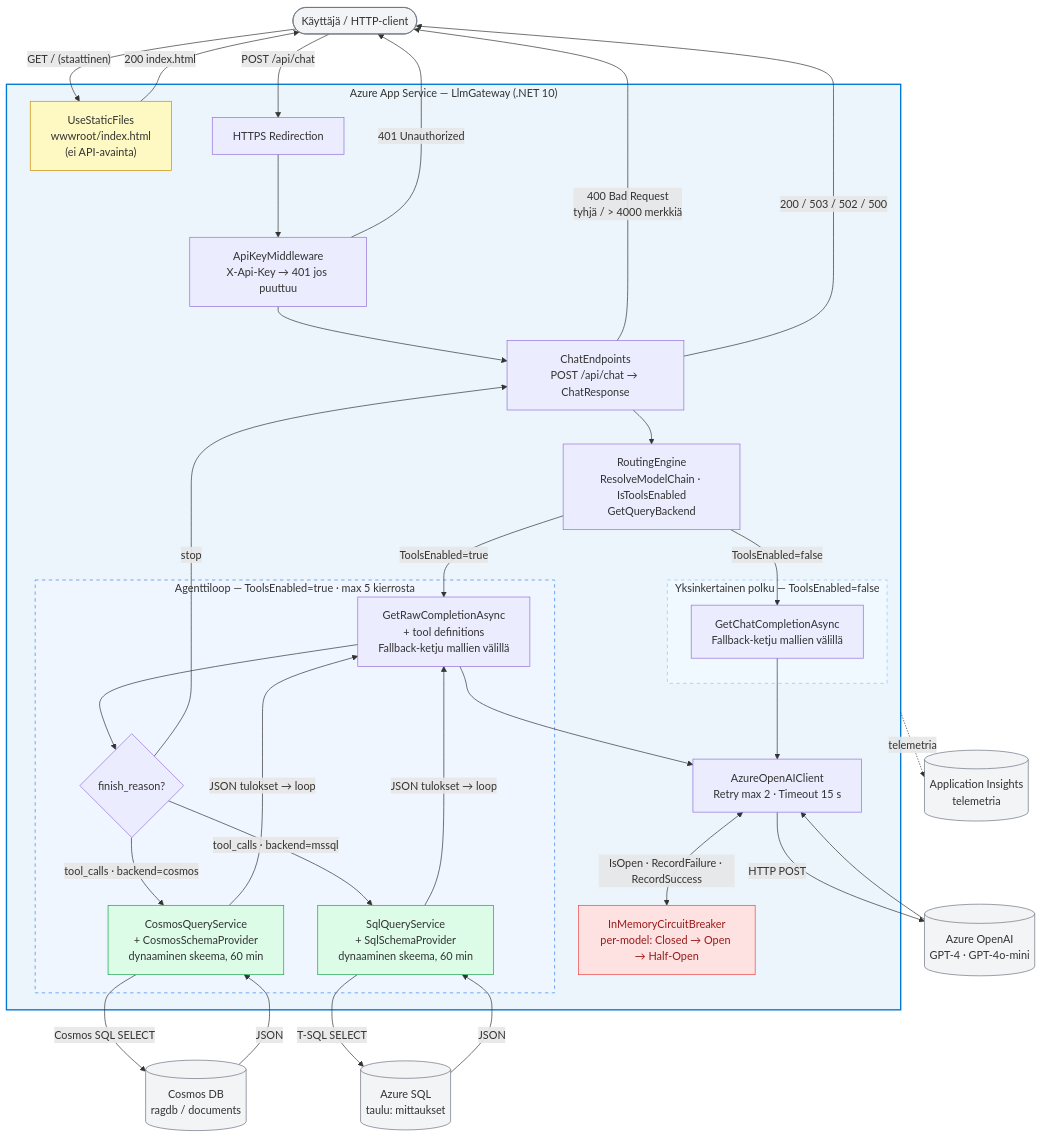
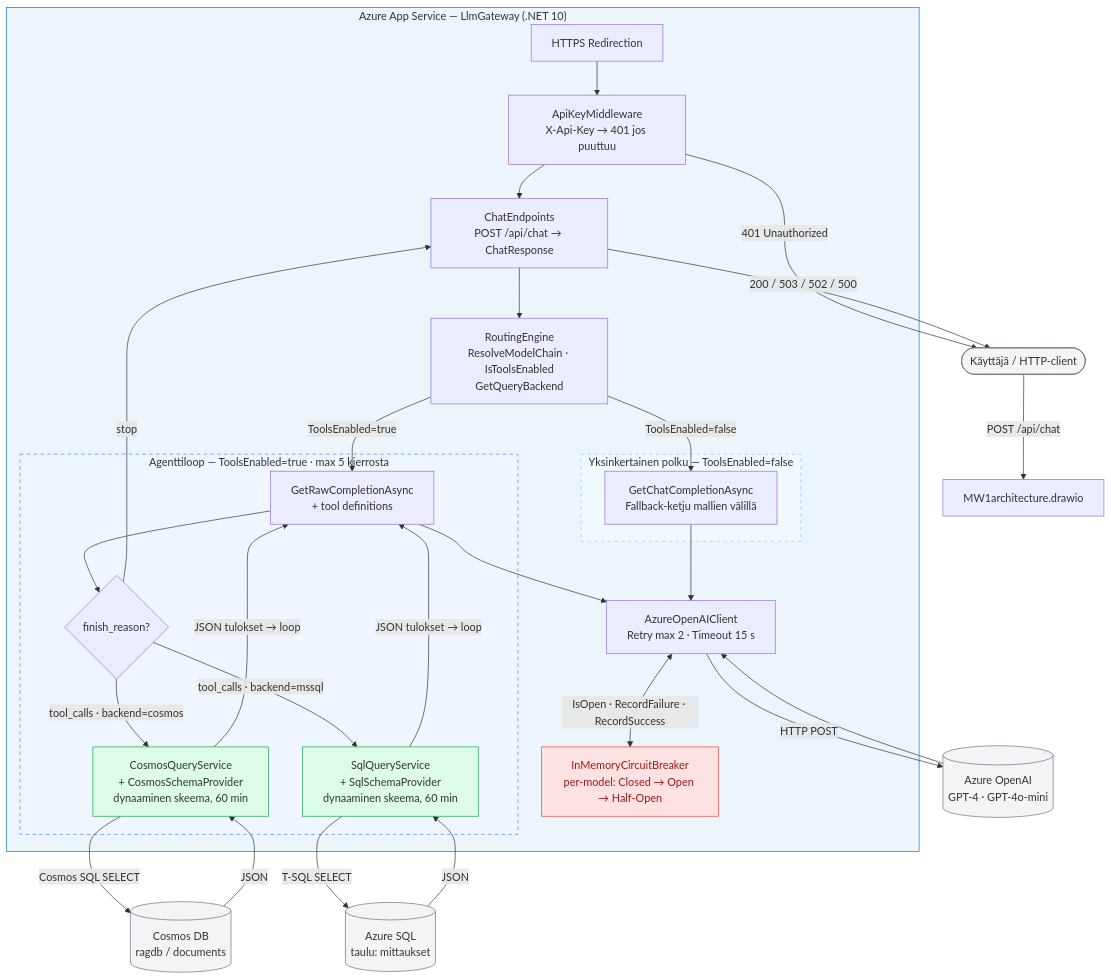
One commit to hvilppu/llmgateway changed the diagram in architecture.mmd. Above: the diagram before and after it, drawn with Mermaid. The commit also changed 5 other files, not shown here.

```diff
--- a/architecture.mmd
+++ b/architecture.mmd
@@ -1,69 +1,61 @@
 flowchart TD
     Client([Käyttäjä / HTTP-client])
-    AppInsights[("Application Insights\ntelemetria")]
 
     subgraph GW["Azure App Service — LlmGateway (.NET 10)"]
-        SF["UseStaticFiles\nwwwroot/index.html\n(ei API-avainta)"]
         MW1[HTTPS Redirection]
         MW2["ApiKeyMiddleware\nX-Api-Key → 401 jos puuttuu"]
         EP["ChatEndpoints\nPOST /api/chat → ChatResponse"]
         RE["RoutingEngine\nResolveModelChain · IsToolsEnabled\nGetQueryBackend"]
         CB["InMemoryCircuitBreaker\nper-model: Closed → Open → Half-Open"]
         OAI["AzureOpenAIClient\nRetry max 2 · Timeout 15 s"]
 
         subgraph SP["Yksinkertainen polku — ToolsEnabled=false"]
             SC["GetChatCompletionAsync\nFallback-ketju mallien välillä"]
         end
 
         subgraph AL["Agenttiloop — ToolsEnabled=true · max 5 kierrosta"]
-            RC["GetRawCompletionAsync\n+ tool definitions\nFallback-ketju mallien välillä"]
+            RC["GetRawCompletionAsync\n+ tool definitions"]
             FIN{finish_reason?}
             CQS["CosmosQueryService\n+ CosmosSchemaProvider\ndynaaminen skeema, 60 min"]
             SQS["SqlQueryService\n+ SqlSchemaProvider\ndynaaminen skeema, 60 min"]
         end
     end
 
     AzOAI[("Azure OpenAI\nGPT-4 · GPT-4o-mini")]
     CosmDB[("Cosmos DB\nragdb / documents")]
     SqlDB[("Azure SQL\ntaulu: mittaukset")]
 
-    Client -->|"GET / (staattinen)"| SF
-    SF -->|"200 index.html"| Client
-    Client -->|"POST /api/chat"| MW1
+    Client -->|"POST /api/chat"| MW1architecture.drawio
     MW1 --> MW2
     MW2 -->|"401 Unauthorized"| Client
     MW2 --> EP
-    EP -->|"400 Bad Request\ntyhjä / > 4000 merkkiä"| Client
     EP --> RE
     RE -->|"ToolsEnabled=false"| SC
     RE -->|"ToolsEnabled=true"| RC
     SC --> OAI
     RC --> OAI
     OAI <-->|"IsOpen · RecordFailure · RecordSuccess"| CB
     OAI -->|"HTTP POST"| AzOAI
     AzOAI --> OAI
     RC --> FIN
     FIN -->|stop| EP
     FIN -->|"tool_calls · backend=cosmos"| CQS
     FIN -->|"tool_calls · backend=mssql"| SQS
     CQS -->|"Cosmos SQL SELECT"| CosmDB
     CosmDB -->|JSON| CQS
     SQS -->|"T-SQL SELECT"| SqlDB
     SqlDB -->|JSON| SQS
     CQS -->|"JSON tulokset → loop"| RC
     SQS -->|"JSON tulokset → loop"| RC
     EP -->|"200 / 503 / 502 / 500"| Client
-    GW -.->|"telemetria"| AppInsights
 
-    style GW fill:#EBF5FB,stroke:#0078d4,stroke-width:2px
+    style GW fill:#EBF5FB,stroke:#0078d4,stroke-width:2pxarchitecture.drawio
     style SP fill:#f0f9ff,stroke:#93c5fd,stroke-dasharray:5 5
     style AL fill:#eff6ff,stroke:#3b82f6,stroke-dasharray:5 5
     style CB fill:#fee2e2,stroke:#ef4444,color:#991b1b
     style CQS fill:#dcfce7,stroke:#16a34a
     style SQS fill:#dcfce7,stroke:#16a34a
-    style SF fill:#fef9c3,stroke:#ca8a04
     style AzOAI fill:#f3f4f6,stroke:#6b7280
     style CosmDB fill:#f3f4f6,stroke:#6b7280
     style SqlDB fill:#f3f4f6,stroke:#6b7280
     style Client fill:#f3f4f6,stroke:#6b7280
-    style AppInsights fill:#f3f4f6,stroke:#6b7280
```
